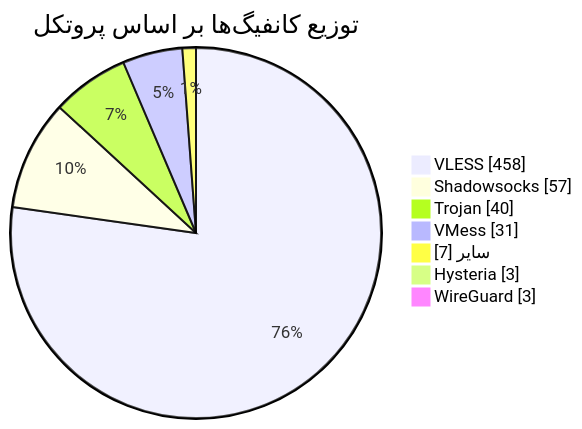
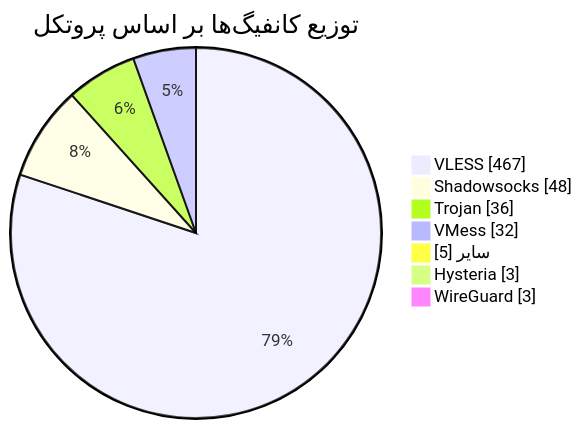
Before and after one commit to Arian-Alijani/Somthing: the diagram in README.md, drawn with Mermaid. The commit also changed other lines of this file and 19 other files, not shown here.

````diff
--- a/README.md
+++ b/README.md
@@ -49,11 +49,11 @@
 ```mermaid
 pie showData
     title توزیع کانفیگ‌ها بر اساس پروتکل
-    "VLESS" : 458
-    "Shadowsocks" : 57
-    "Trojan" : 40
-    "VMess" : 31
-    "سایر" : 7
+    "VLESS" : 467
+    "Shadowsocks" : 48
+    "Trojan" : 36
+    "VMess" : 32
+    "سایر" : 5
     "Hysteria" : 3
     "WireGuard" : 3
 ```
````
